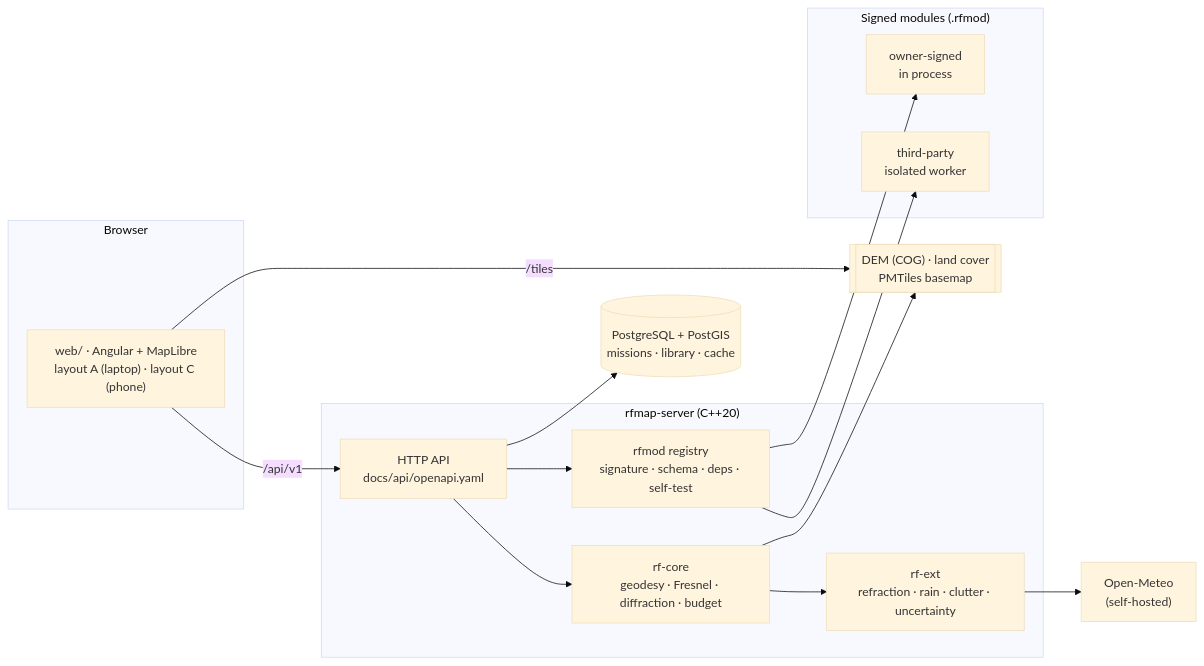
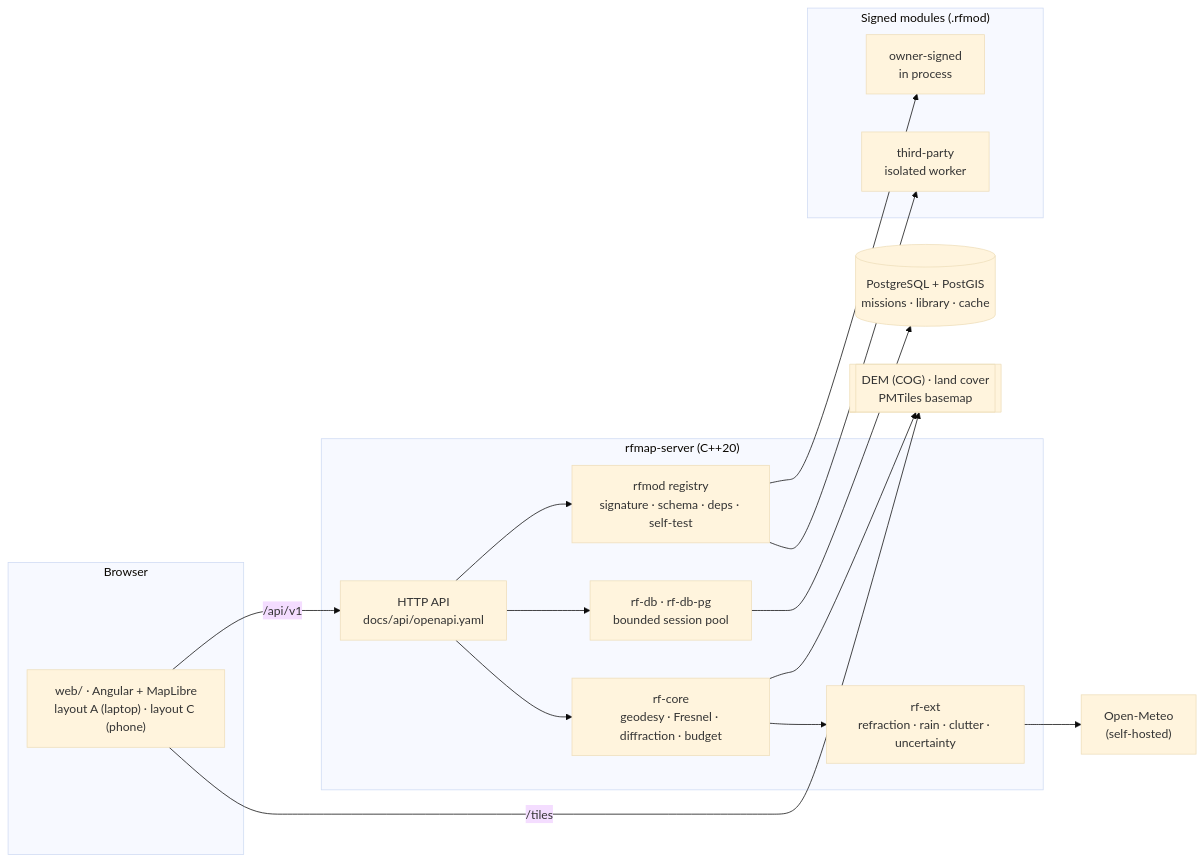
The diagram in README.md (Rufics/fpv-radio-map), drawn with Mermaid (base theme) before and after one commit. The commit also changed other lines of this file and 38 other files, not shown here.

````diff
--- a/README.md
+++ b/README.md
@@ -116,28 +116,29 @@
 ```mermaid
 flowchart LR
   subgraph Browser
     W["web/ · Angular + MapLibre<br/>layout A (laptop) · layout C (phone)"]
   end
   subgraph Server["rfmap-server (C++20)"]
     API["HTTP API<br/>docs/api/openapi.yaml"]
     CORE["rf-core<br/>geodesy · Fresnel · diffraction · budget"]
     EXT["rf-ext<br/>refraction · rain · clutter · uncertainty"]
     REG["rfmod registry<br/>signature · schema · deps · self-test"]
+    POOL["rf-db · rf-db-pg<br/>bounded session pool"]
   end
   subgraph Modules["Signed modules (.rfmod)"]
     OWN["owner-signed<br/>in process"]
     THIRD["third-party<br/>isolated worker"]
   end
   DB[("PostgreSQL + PostGIS<br/>missions · library · cache")]
   DEM[["DEM (COG) · land cover<br/>PMTiles basemap"]]
   OM["Open-Meteo<br/>(self-hosted)"]
 
   W -->|/api/v1| API
   W -->|/tiles| DEM
   API --> CORE --> EXT
   API --> REG --> OWN
   REG --> THIRD
-  API --> DB
+  API --> POOL --> DB
   CORE --> DEM
   EXT --> OM
 ```
````
